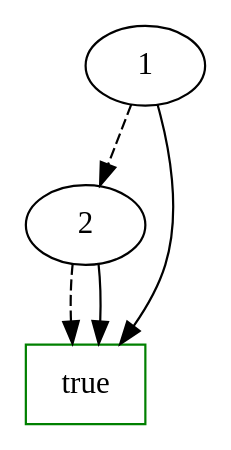
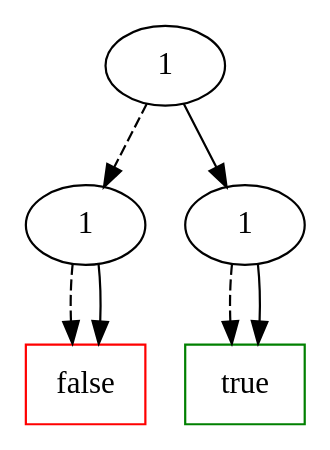
Before and after one commit to XuMarc/MU4IN511-Projet: the diagram in dotFiles/tree_compressed2.dot, drawn with Graphviz. The commit also changed 10 other files, not shown here.

```diff
--- a/dotFiles/tree_compressed2.dot
+++ b/dotFiles/tree_compressed2.dot
@@ -1,11 +1,15 @@
 digraph Tree {
-7.1 [label="1", shape=ellipse];
-3.2 [label="2", shape=ellipse];
-7.1 -> 3.2 [style=dashed];
+12.1 [label="1", shape=ellipse];
+0.1 [label="1", shape=ellipse];
+12.1 -> 0.1 [style=dashed];
+0 [label="false", shape=box, color=red];
+0.1 -> 0 [style=dashed];
+0 [label="false", shape=box, color=red];
+0.1 -> 0 [style=solid];
+3.1 [label="1", shape=ellipse];
+12.1 -> 3.1 [style=solid];
 1 [label="true", shape=box, color=green];
-3.2 -> 1 [style=dashed];
+3.1 -> 1 [style=dashed];
 1 [label="true", shape=box, color=green];
-3.2 -> 1 [style=solid];
-1 [label="true", shape=box, color=green];
-7.1 -> 1 [style=solid];
+3.1 -> 1 [style=solid];
 }
```
